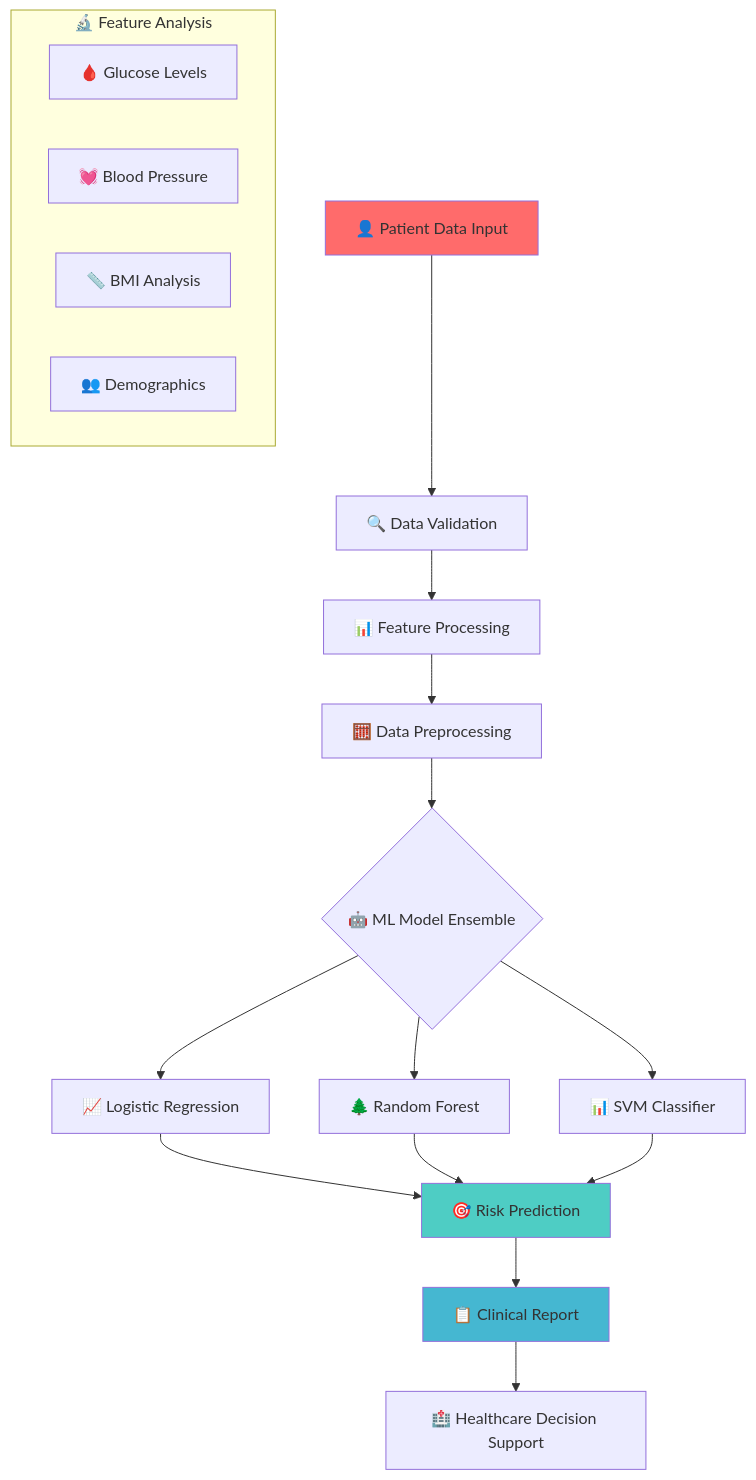
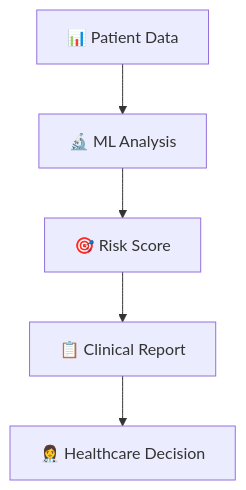
Before and after one commit to alam025/diabetes-risk-prediction-ml-healthcare: the diagram in README.md, drawn with Mermaid. The commit also changed other lines of this file, not shown here.

````diff
--- a/README.md
+++ b/README.md
@@ -63,26 +47,7 @@
 ```mermaid
 graph TD
-    A[👤 Patient Data Input] --> B[🔍 Data Validation]
-    B --> C[📊 Feature Processing]
-    C --> D[🧮 Data Preprocessing]
-    D --> E{🤖 ML Model Ensemble}
-    E --> F[📈 Logistic Regression]
-    E --> G[🌲 Random Forest]
-    E --> H[📊 SVM Classifier]
-    F --> I[🎯 Risk Prediction]
-    G --> I
-    H --> I
-    I --> J[📋 Clinical Report]
-    J --> K[🏥 Healthcare Decision Support]
-    
-    subgraph "🔬 Feature Analysis"
-        L[🩸 Glucose Levels]
-        M[💓 Blood Pressure]
-        N[📏 BMI Analysis]
-        O[👥 Demographics]
-    end
-    
-    style A fill:#FF6B6B
-    style I fill:#4ECDC4
-    style J fill:#45B7D1
+    A[📊 Patient Data] --> B[🔬 ML Analysis]
+    B --> C[🎯 Risk Score]
+    C --> D[📋 Clinical Report]
+    D --> E[👩‍⚕️ Healthcare Decision]
 ```
````
